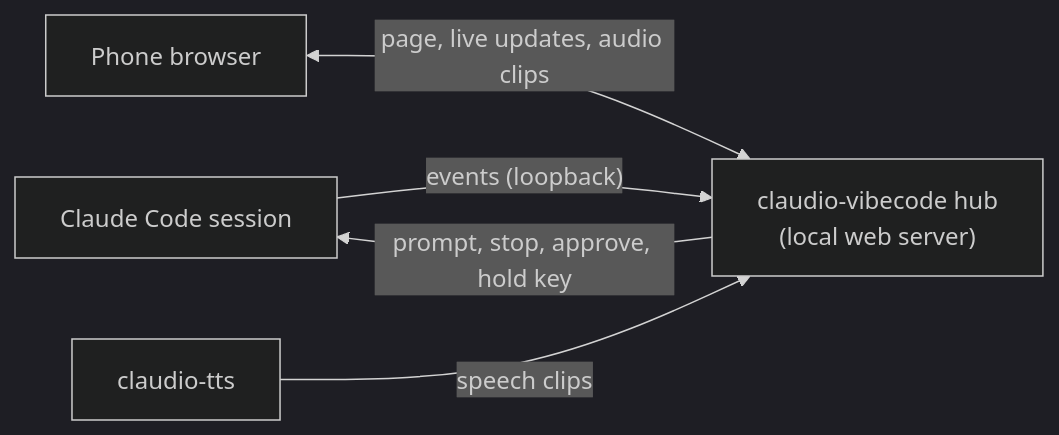
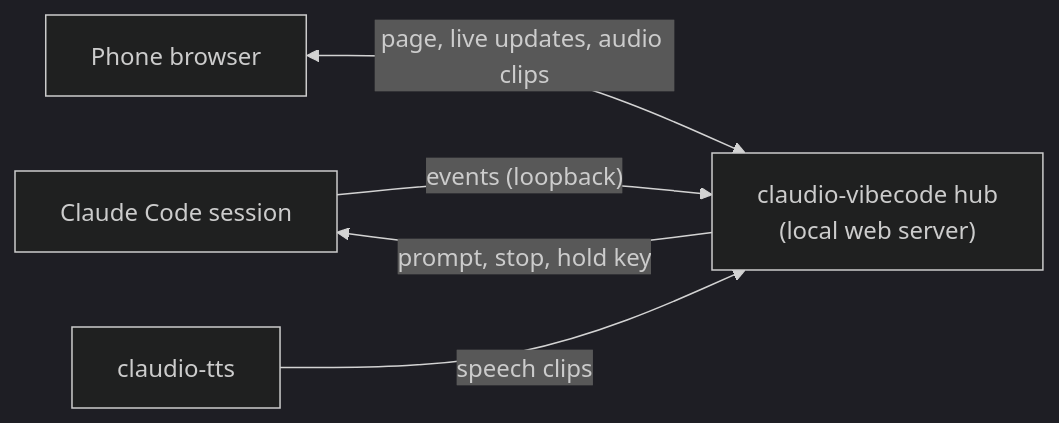
One commit to restante/claudio-vibecode changed the diagram in README.md. Above: the diagram before and after it, drawn with Mermaid (dark theme). The commit also changed other lines of this file and 14 other files, not shown here.

````diff
--- a/README.md
+++ b/README.md
@@ -86,7 +84,7 @@
 ```mermaid
 flowchart LR
   C["Claude Code session"] -- "events (loopback)" --> H["claudio-vibecode hub<br/>(local web server)"]
-  H -- "prompt, stop, approve, hold key" --> C
+  H -- "prompt, stop, hold key" --> C
   P["Phone browser"] <-- "page, live updates, audio clips" --> H
   T["claudio-tts"] -- "speech clips" --> H
 ```
````
